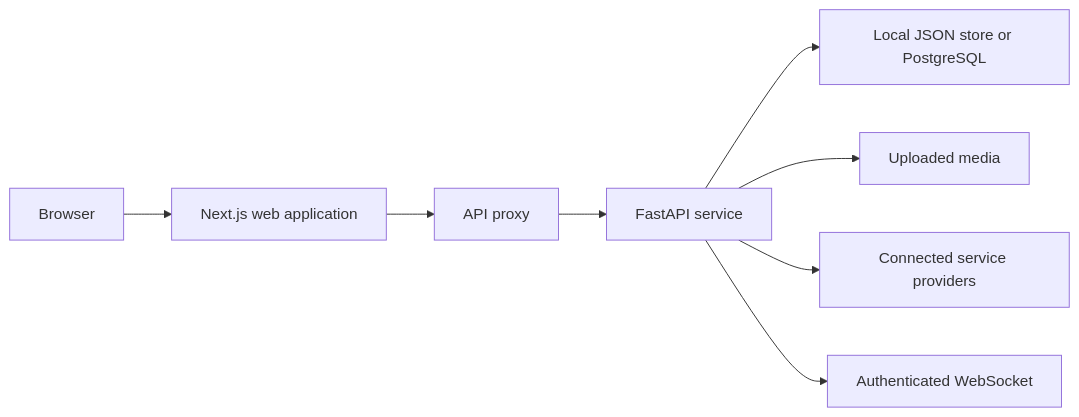
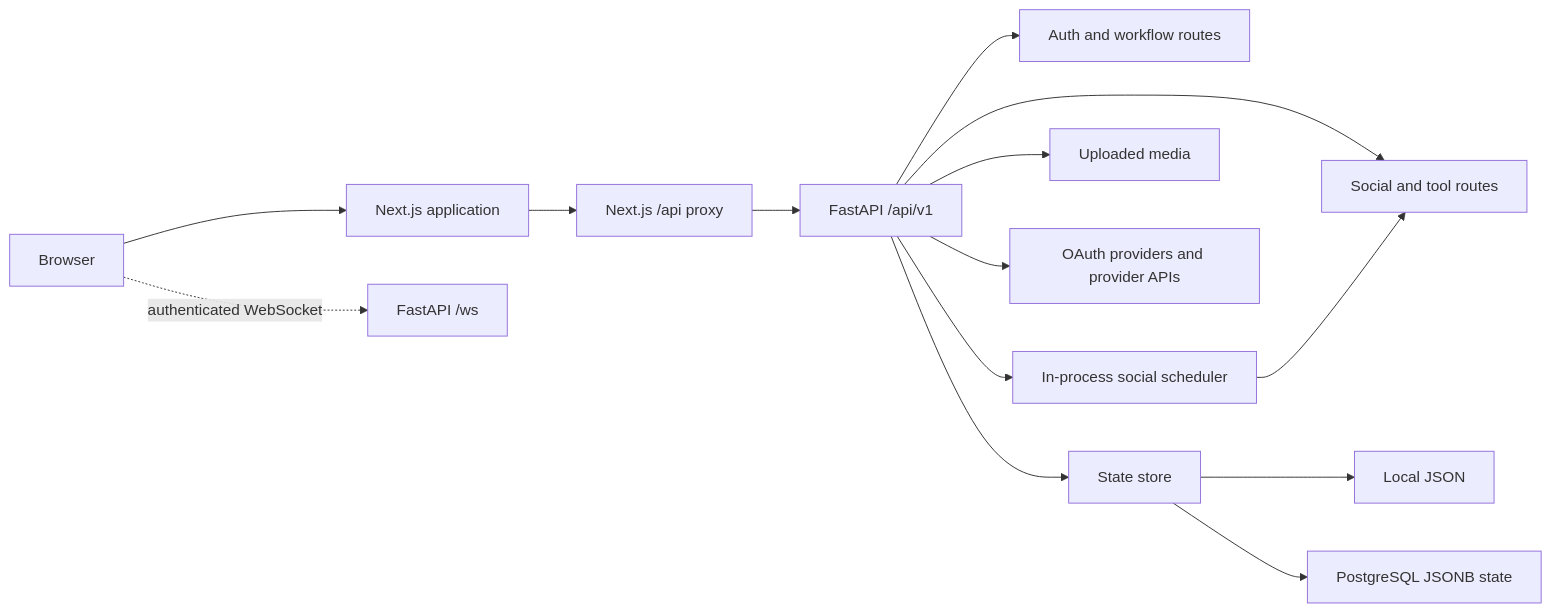
One commit to Linkxee-Tech/Proxima changed the diagram in docs/architecture.md. Above: the diagram before and after it, drawn with Mermaid. The commit also changed other lines of this file and 6 other files, not shown here.

````diff
--- a/docs/architecture.md
+++ b/docs/architecture.md
@@ -5,10 +7,18 @@
 ```mermaid
 flowchart LR
-    browser["Browser"] --> web["Next.js web application"]
-    web --> proxy["API proxy"]
-    proxy --> api["FastAPI service"]
-    api --> data["Local JSON store or PostgreSQL"]
+    browser["Browser"] --> web["Next.js application"]
+    web --> proxy["Next.js /api proxy"]
+    proxy --> api["FastAPI /api/v1"]
+    browser -. authenticated WebSocket .-> realtime["FastAPI /ws"]
+
+    api --> auth["Auth and workflow routes"]
+    api --> social["Social and tool routes"]
+    api --> store["State store"]
     api --> media["Uploaded media"]
-    api --> providers["Connected service providers"]
-    api --> realtime["Authenticated WebSocket"]
+    api --> providers["OAuth providers and provider APIs"]
+    api --> scheduler["In-process social scheduler"]
+    scheduler --> social
+
+    store --> local["Local JSON"]
+    store --> postgres["PostgreSQL JSONB state"]
 ```
````
